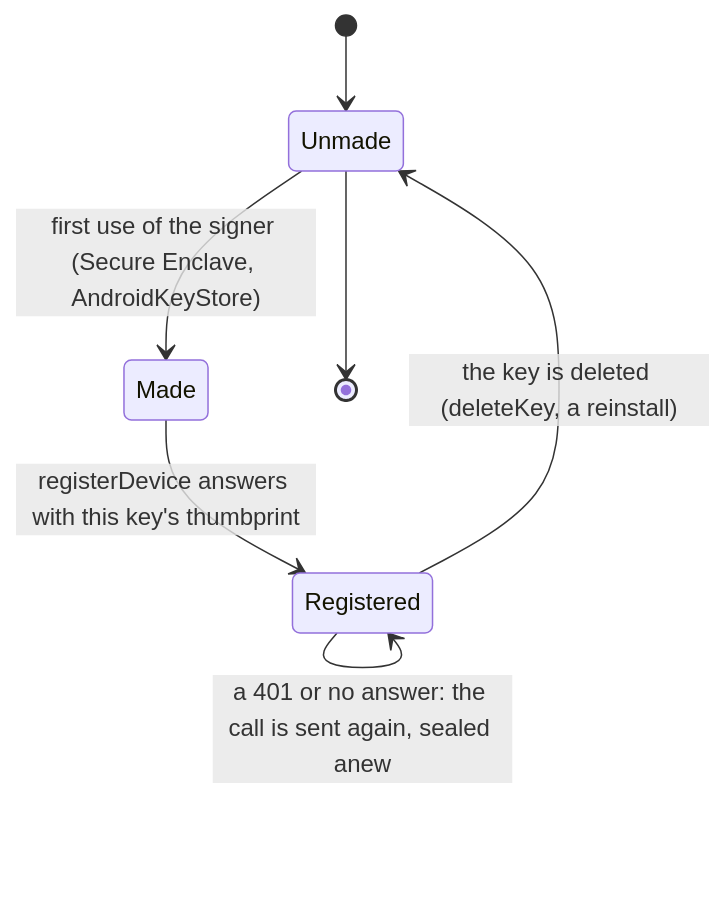
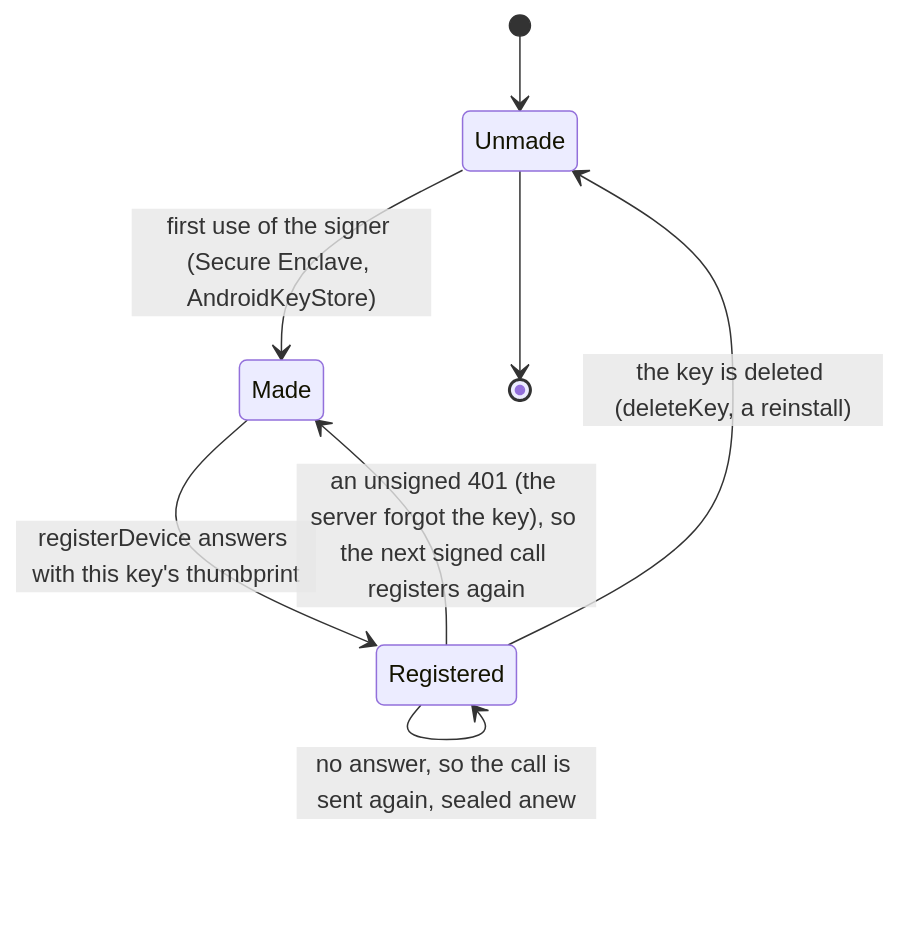
Before and after one commit to fespalier/fespalier: the first of 2 diagrams in examples/cose/README.md, drawn with Mermaid. The commit also changed other lines of this file and 11 other files, not shown here.

````diff
--- a/examples/cose/README.md
+++ b/examples/cose/README.md
@@ -227,10 +240,11 @@
 ```mermaid
 stateDiagram-v2
     [*] --> Unmade
     Unmade --> Made: first use of the signer (Secure Enclave, AndroidKeyStore)
     Made --> Registered: registerDevice answers with this key's thumbprint
     Registered --> Registered: a signed call is answered (sealed, opened)
-    Registered --> Registered: a 401 or no answer: the call is sent again, sealed anew
+    Registered --> Registered: no answer, so the call is sent again, sealed anew
+    Registered --> Made: an unsigned 401 (the server forgot the key), so the next signed call registers again
     Registered --> Unmade: the key is deleted (deleteKey, a reinstall)
     Unmade --> [*]
 ```
````
